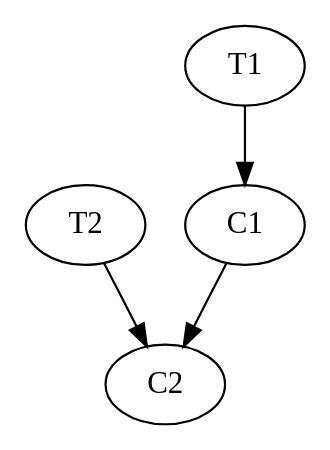
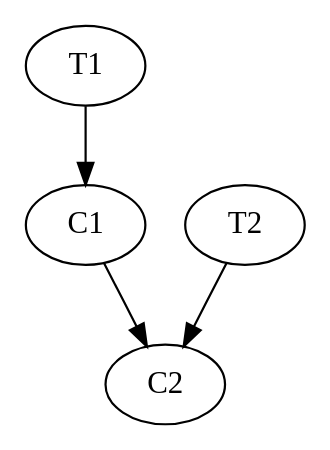
One commit to ErikHedblom/Master-Thesis changed the diagram in Dot/InvertedGraphExample.dot. Above: the diagram before and after it, drawn with Graphviz.

Commit message:
Uppdated inverted depndency graph

```diff
--- a/Dot/InvertedGraphExample.dot
+++ b/Dot/InvertedGraphExample.dot
@@ -1,5 +1,6 @@
 digraph DependencyGraph {
+	"C2"
 	"C1" -> "C2"
 	"T1" -> "C1"
 	"T2" -> "C2"	
 }
```
